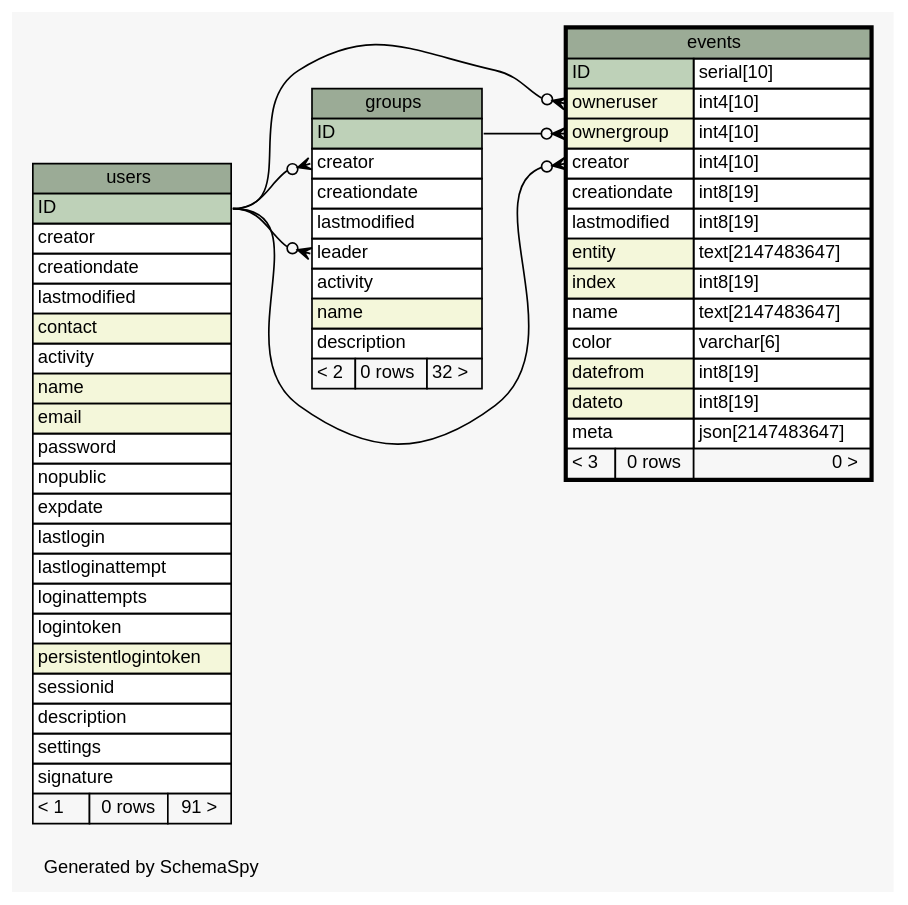
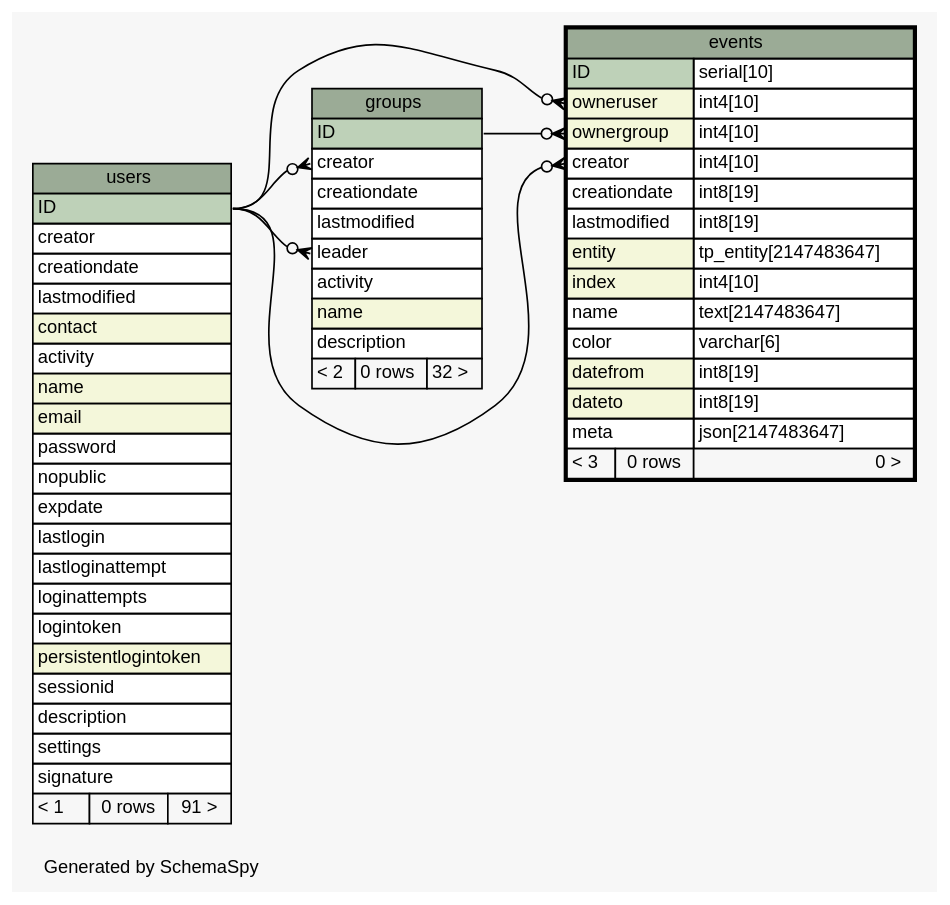
The diagram in diagrams/events.1degree.dot (zeyosinc/zeyos-schema), drawn with Graphviz before and after one commit. The commit also changed 145 other files, not shown here.

```diff
--- a/diagrams/events.1degree.dot
+++ b/diagrams/events.1degree.dot
@@ -1,95 +1,95 @@
 // dot 2.38.0 on Mac OS X 10.11.5
 // SchemaSpy rev 590
 digraph "oneDegreeRelationshipsDiagram" {
   graph [
     rankdir="RL"
     bgcolor="#f7f7f7"
     label="\nGenerated by SchemaSpy"
     labeljust="l"
     nodesep="0.18"
     ranksep="0.46"
     fontname="Helvetica"
     fontsize="11"
   ];
   node [
     fontname="Helvetica"
     fontsize="11"
     shape="plaintext"
   ];
   edge [
     arrowsize="0.8"
   ];
   "events":"creator":w -> "users":"ID":e [arrowhead=none dir=back arrowtail=crowodot];
   "events":"ownergroup":w -> "groups":"ID":e [arrowhead=none dir=back arrowtail=crowodot];
   "events":"owneruser":w -> "users":"ID":e [arrowhead=none dir=back arrowtail=crowodot];
   "groups":"creator":w -> "users":"ID":e [arrowhead=none dir=back arrowtail=crowodot];
   "groups":"leader":w -> "users":"ID":e [arrowhead=none dir=back arrowtail=crowodot];
   "events" [
     label=<
     <TABLE BORDER="2" CELLBORDER="1" CELLSPACING="0" BGCOLOR="#ffffff">
       <TR><TD COLSPAN="3" BGCOLOR="#9bab96" ALIGN="CENTER">events</TD></TR>
       <TR><TD PORT="ID" COLSPAN="2" BGCOLOR="#bed1b8" ALIGN="LEFT">ID</TD><TD PORT="ID.type" ALIGN="LEFT">serial[10]</TD></TR>
       <TR><TD PORT="owneruser" COLSPAN="2" BGCOLOR="#f4f7da" ALIGN="LEFT">owneruser</TD><TD PORT="owneruser.type" ALIGN="LEFT">int4[10]</TD></TR>
       <TR><TD PORT="ownergroup" COLSPAN="2" BGCOLOR="#f4f7da" ALIGN="LEFT">ownergroup</TD><TD PORT="ownergroup.type" ALIGN="LEFT">int4[10]</TD></TR>
       <TR><TD PORT="creator" COLSPAN="2" ALIGN="LEFT">creator</TD><TD PORT="creator.type" ALIGN="LEFT">int4[10]</TD></TR>
       <TR><TD PORT="creationdate" COLSPAN="2" ALIGN="LEFT">creationdate</TD><TD PORT="creationdate.type" ALIGN="LEFT">int8[19]</TD></TR>
       <TR><TD PORT="lastmodified" COLSPAN="2" ALIGN="LEFT">lastmodified</TD><TD PORT="lastmodified.type" ALIGN="LEFT">int8[19]</TD></TR>
-      <TR><TD PORT="entity" COLSPAN="2" BGCOLOR="#f4f7da" ALIGN="LEFT">entity</TD><TD PORT="entity.type" ALIGN="LEFT">text[2147483647]</TD></TR>
-      <TR><TD PORT="index" COLSPAN="2" BGCOLOR="#f4f7da" ALIGN="LEFT">index</TD><TD PORT="index.type" ALIGN="LEFT">int8[19]</TD></TR>
+      <TR><TD PORT="entity" COLSPAN="2" BGCOLOR="#f4f7da" ALIGN="LEFT">entity</TD><TD PORT="entity.type" ALIGN="LEFT">tp_entity[2147483647]</TD></TR>
+      <TR><TD PORT="index" COLSPAN="2" BGCOLOR="#f4f7da" ALIGN="LEFT">index</TD><TD PORT="index.type" ALIGN="LEFT">int4[10]</TD></TR>
       <TR><TD PORT="name" COLSPAN="2" ALIGN="LEFT">name</TD><TD PORT="name.type" ALIGN="LEFT">text[2147483647]</TD></TR>
       <TR><TD PORT="color" COLSPAN="2" ALIGN="LEFT">color</TD><TD PORT="color.type" ALIGN="LEFT">varchar[6]</TD></TR>
       <TR><TD PORT="datefrom" COLSPAN="2" BGCOLOR="#f4f7da" ALIGN="LEFT">datefrom</TD><TD PORT="datefrom.type" ALIGN="LEFT">int8[19]</TD></TR>
       <TR><TD PORT="dateto" COLSPAN="2" BGCOLOR="#f4f7da" ALIGN="LEFT">dateto</TD><TD PORT="dateto.type" ALIGN="LEFT">int8[19]</TD></TR>
       <TR><TD PORT="meta" COLSPAN="2" ALIGN="LEFT">meta</TD><TD PORT="meta.type" ALIGN="LEFT">json[2147483647]</TD></TR>
       <TR><TD ALIGN="LEFT" BGCOLOR="#f7f7f7">&lt; 3</TD><TD ALIGN="RIGHT" BGCOLOR="#f7f7f7">0 rows</TD><TD ALIGN="RIGHT" BGCOLOR="#f7f7f7">0 &gt;</TD></TR>
     </TABLE>>
     URL="events.html"
     tooltip="events"
   ];
   "groups" [
     label=<
     <TABLE BORDER="0" CELLBORDER="1" CELLSPACING="0" BGCOLOR="#ffffff">
       <TR><TD COLSPAN="3" BGCOLOR="#9bab96" ALIGN="CENTER">groups</TD></TR>
       <TR><TD PORT="ID" COLSPAN="3" BGCOLOR="#bed1b8" ALIGN="LEFT">ID</TD></TR>
       <TR><TD PORT="creator" COLSPAN="3" ALIGN="LEFT">creator</TD></TR>
       <TR><TD PORT="creationdate" COLSPAN="3" ALIGN="LEFT">creationdate</TD></TR>
       <TR><TD PORT="lastmodified" COLSPAN="3" ALIGN="LEFT">lastmodified</TD></TR>
       <TR><TD PORT="leader" COLSPAN="3" ALIGN="LEFT">leader</TD></TR>
       <TR><TD PORT="activity" COLSPAN="3" ALIGN="LEFT">activity</TD></TR>
       <TR><TD PORT="name" COLSPAN="3" BGCOLOR="#f4f7da" ALIGN="LEFT">name</TD></TR>
       <TR><TD PORT="description" COLSPAN="3" ALIGN="LEFT">description</TD></TR>
       <TR><TD ALIGN="LEFT" BGCOLOR="#f7f7f7">&lt; 2</TD><TD ALIGN="RIGHT" BGCOLOR="#f7f7f7">0 rows</TD><TD ALIGN="RIGHT" BGCOLOR="#f7f7f7">32 &gt;</TD></TR>
     </TABLE>>
     URL="groups.html"
     tooltip="groups"
   ];
   "users" [
     label=<
     <TABLE BORDER="0" CELLBORDER="1" CELLSPACING="0" BGCOLOR="#ffffff">
       <TR><TD COLSPAN="3" BGCOLOR="#9bab96" ALIGN="CENTER">users</TD></TR>
       <TR><TD PORT="ID" COLSPAN="3" BGCOLOR="#bed1b8" ALIGN="LEFT">ID</TD></TR>
       <TR><TD PORT="creator" COLSPAN="3" ALIGN="LEFT">creator</TD></TR>
       <TR><TD PORT="creationdate" COLSPAN="3" ALIGN="LEFT">creationdate</TD></TR>
       <TR><TD PORT="lastmodified" COLSPAN="3" ALIGN="LEFT">lastmodified</TD></TR>
       <TR><TD PORT="contact" COLSPAN="3" BGCOLOR="#f4f7da" ALIGN="LEFT">contact</TD></TR>
       <TR><TD PORT="activity" COLSPAN="3" ALIGN="LEFT">activity</TD></TR>
       <TR><TD PORT="name" COLSPAN="3" BGCOLOR="#f4f7da" ALIGN="LEFT">name</TD></TR>
       <TR><TD PORT="email" COLSPAN="3" BGCOLOR="#f4f7da" ALIGN="LEFT">email</TD></TR>
       <TR><TD PORT="password" COLSPAN="3" ALIGN="LEFT">password</TD></TR>
       <TR><TD PORT="nopublic" COLSPAN="3" ALIGN="LEFT">nopublic</TD></TR>
       <TR><TD PORT="expdate" COLSPAN="3" ALIGN="LEFT">expdate</TD></TR>
       <TR><TD PORT="lastlogin" COLSPAN="3" ALIGN="LEFT">lastlogin</TD></TR>
       <TR><TD PORT="lastloginattempt" COLSPAN="3" ALIGN="LEFT">lastloginattempt</TD></TR>
       <TR><TD PORT="loginattempts" COLSPAN="3" ALIGN="LEFT">loginattempts</TD></TR>
       <TR><TD PORT="logintoken" COLSPAN="3" ALIGN="LEFT">logintoken</TD></TR>
       <TR><TD PORT="persistentlogintoken" COLSPAN="3" BGCOLOR="#f4f7da" ALIGN="LEFT">persistentlogintoken</TD></TR>
       <TR><TD PORT="sessionid" COLSPAN="3" ALIGN="LEFT">sessionid</TD></TR>
       <TR><TD PORT="description" COLSPAN="3" ALIGN="LEFT">description</TD></TR>
       <TR><TD PORT="settings" COLSPAN="3" ALIGN="LEFT">settings</TD></TR>
       <TR><TD PORT="signature" COLSPAN="3" ALIGN="LEFT">signature</TD></TR>
       <TR><TD ALIGN="LEFT" BGCOLOR="#f7f7f7">&lt; 1</TD><TD ALIGN="RIGHT" BGCOLOR="#f7f7f7">0 rows</TD><TD ALIGN="RIGHT" BGCOLOR="#f7f7f7">91 &gt;</TD></TR>
     </TABLE>>
     URL="users.html"
     tooltip="users"
   ];
 }
```
